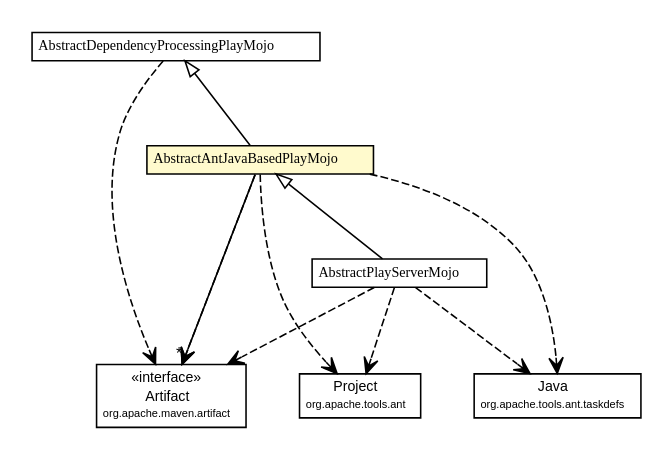
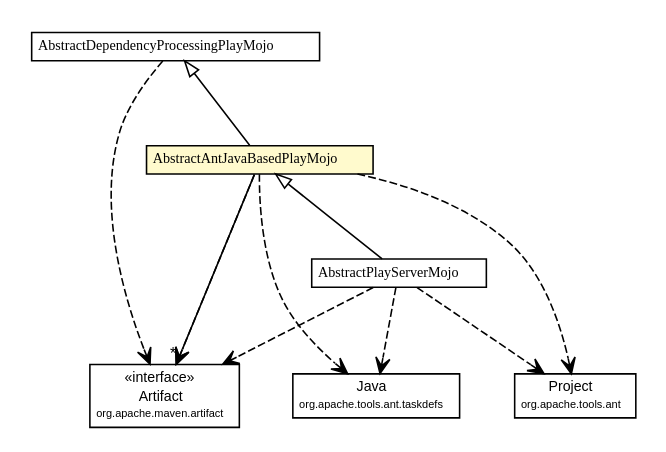
Before and after one commit to play1-maven-plugin/play1-maven-plugin.github.io: the diagram in play1-maven-plugin/1.0.0-beta8-SNAPSHOT/play-maven-plugin/apidocs/com/google/code/play/AbstractAntJavaBasedPlayMojo.dot, drawn with Graphviz. The commit also changed 314 other files, not shown here.

Commit message:
"play-maven-plugin" site for version "1.0.0-beta8-SNAPSHOT" updated.

```diff
--- a/play1-maven-plugin/1.0.0-beta8-SNAPSHOT/play-maven-plugin/apidocs/com/google/code/play/AbstractAntJavaBasedPlayMojo.dot
+++ b/play1-maven-plugin/1.0.0-beta8-SNAPSHOT/play-maven-plugin/apidocs/com/google/code/play/AbstractAntJavaBasedPlayMojo.dot
@@ -1,72 +1,72 @@
 #!/usr/local/bin/dot
 #
 # Class diagram 
 # Generated by UMLGraph version R5_6-24-gf6e263 (http://www.umlgraph.org/)
 #
 
 digraph G {
 	edge [fontname="arial",fontsize=10,labelfontname="arial",labelfontsize=10];
 	node [fontname="arial",fontsize=10,shape=plaintext];
 	nodesep=0.25;
 	ranksep=0.5;
 	// com.google.code.play.AbstractPlayServerMojo
 	c117 [label=<<table title="com.google.code.play.AbstractPlayServerMojo" border="0" cellborder="1" cellspacing="0" cellpadding="2" port="p" href="./AbstractPlayServerMojo.html">
 		<tr><td><table border="0" cellspacing="0" cellpadding="1">
 <tr><td align="center" balign="center"><font face="arial italic"> AbstractPlayServerMojo </font></td></tr>
 		</table></td></tr>
 		</table>>, URL="./AbstractPlayServerMojo.html", fontname="arial", fontcolor="black", fontsize=9.0];
 	// com.google.code.play.AbstractDependencyProcessingPlayMojo
 	c129 [label=<<table title="com.google.code.play.AbstractDependencyProcessingPlayMojo" border="0" cellborder="1" cellspacing="0" cellpadding="2" port="p" href="./AbstractDependencyProcessingPlayMojo.html">
 		<tr><td><table border="0" cellspacing="0" cellpadding="1">
 <tr><td align="center" balign="center"><font face="arial italic"> AbstractDependencyProcessingPlayMojo </font></td></tr>
 		</table></td></tr>
 		</table>>, URL="./AbstractDependencyProcessingPlayMojo.html", fontname="arial", fontcolor="black", fontsize=9.0];
 	// com.google.code.play.AbstractAntJavaBasedPlayMojo
 	c132 [label=<<table title="com.google.code.play.AbstractAntJavaBasedPlayMojo" border="0" cellborder="1" cellspacing="0" cellpadding="2" port="p" bgcolor="lemonChiffon" href="./AbstractAntJavaBasedPlayMojo.html">
 		<tr><td><table border="0" cellspacing="0" cellpadding="1">
 <tr><td align="center" balign="center"><font face="arial italic"> AbstractAntJavaBasedPlayMojo </font></td></tr>
 		</table></td></tr>
 		</table>>, URL="./AbstractAntJavaBasedPlayMojo.html", fontname="arial", fontcolor="black", fontsize=9.0];
 	//com.google.code.play.AbstractPlayServerMojo extends com.google.code.play.AbstractAntJavaBasedPlayMojo
 	c132:p -> c117:p [dir=back,arrowtail=empty];
 	//com.google.code.play.AbstractAntJavaBasedPlayMojo extends com.google.code.play.AbstractDependencyProcessingPlayMojo
 	c129:p -> c132:p [dir=back,arrowtail=empty];
 	// com.google.code.play.AbstractAntJavaBasedPlayMojo NAVASSOC org.apache.maven.artifact.Artifact
 	c132:p -> c147:p [taillabel="", label="", headlabel="*", fontname="arial", fontcolor="black", fontsize=10.0, color="black", arrowhead=open];
+	// com.google.code.play.AbstractPlayServerMojo DEPEND org.apache.tools.ant.Project
+	c117:p -> c162:p [taillabel="", label="", headlabel="", fontname="arial", fontcolor="black", fontsize=10.0, color="black", arrowhead=open, style=dashed];
 	// com.google.code.play.AbstractPlayServerMojo DEPEND org.apache.tools.ant.taskdefs.Java
-	c117:p -> c163:p [taillabel="", label="", headlabel="", fontname="arial", fontcolor="black", fontsize=10.0, color="black", arrowhead=open, style=dashed];
-	// com.google.code.play.AbstractPlayServerMojo DEPEND org.apache.tools.ant.Project
-	c117:p -> c175:p [taillabel="", label="", headlabel="", fontname="arial", fontcolor="black", fontsize=10.0, color="black", arrowhead=open, style=dashed];
+	c117:p -> c181:p [taillabel="", label="", headlabel="", fontname="arial", fontcolor="black", fontsize=10.0, color="black", arrowhead=open, style=dashed];
 	// com.google.code.play.AbstractPlayServerMojo DEPEND org.apache.maven.artifact.Artifact
 	c117:p -> c147:p [taillabel="", label="", headlabel="", fontname="arial", fontcolor="black", fontsize=10.0, color="black", arrowhead=open, style=dashed];
 	// com.google.code.play.AbstractDependencyProcessingPlayMojo DEPEND org.apache.maven.artifact.Artifact
 	c129:p -> c147:p [taillabel="", label="", headlabel="", fontname="arial", fontcolor="black", fontsize=10.0, color="black", arrowhead=open, style=dashed];
+	// com.google.code.play.AbstractAntJavaBasedPlayMojo DEPEND org.apache.tools.ant.Project
+	c132:p -> c162:p [taillabel="", label="", headlabel="", fontname="arial", fontcolor="black", fontsize=10.0, color="black", arrowhead=open, style=dashed];
 	// com.google.code.play.AbstractAntJavaBasedPlayMojo DEPEND org.apache.tools.ant.taskdefs.Java
-	c132:p -> c163:p [taillabel="", label="", headlabel="", fontname="arial", fontcolor="black", fontsize=10.0, color="black", arrowhead=open, style=dashed];
-	// com.google.code.play.AbstractAntJavaBasedPlayMojo DEPEND org.apache.tools.ant.Project
-	c132:p -> c175:p [taillabel="", label="", headlabel="", fontname="arial", fontcolor="black", fontsize=10.0, color="black", arrowhead=open, style=dashed];
+	c132:p -> c181:p [taillabel="", label="", headlabel="", fontname="arial", fontcolor="black", fontsize=10.0, color="black", arrowhead=open, style=dashed];
 	// com.google.code.play.AbstractAntJavaBasedPlayMojo DEPEND org.apache.maven.artifact.Artifact
 	c132:p -> c147:p [taillabel="", label="", headlabel="", fontname="arial", fontcolor="black", fontsize=10.0, color="black", arrowhead=open, style=dashed];
 	// org.apache.tools.ant.Project
-	c175 [label=<<table title="org.apache.tools.ant.Project" border="0" cellborder="1" cellspacing="0" cellpadding="2" port="p" href="http://play1-maven-plugin.github.io/external-apidocs/org/apache/ant/ant/1.9.4/org/apache/tools/ant/Project.html">
+	c162 [label=<<table title="org.apache.tools.ant.Project" border="0" cellborder="1" cellspacing="0" cellpadding="2" port="p" href="http://play1-maven-plugin.github.io/external-apidocs/org/apache/ant/ant/1.9.4/org/apache/tools/ant/Project.html">
 		<tr><td><table border="0" cellspacing="0" cellpadding="1">
 <tr><td align="center" balign="center"> Project </td></tr>
 <tr><td align="center" balign="center"><font point-size="7.0"> org.apache.tools.ant </font></td></tr>
 		</table></td></tr>
 		</table>>, URL="http://play1-maven-plugin.github.io/external-apidocs/org/apache/ant/ant/1.9.4/org/apache/tools/ant/Project.html", fontname="arial", fontcolor="black", fontsize=9.0];
 	// org.apache.maven.artifact.Artifact
 	c147 [label=<<table title="org.apache.maven.artifact.Artifact" border="0" cellborder="1" cellspacing="0" cellpadding="2" port="p" href="http://maven.apache.org/ref/2.2.1/maven-artifact/apidocs/org/apache/maven/artifact/Artifact.html">
 		<tr><td><table border="0" cellspacing="0" cellpadding="1">
 <tr><td align="center" balign="center"> &#171;interface&#187; </td></tr>
 <tr><td align="center" balign="center"> Artifact </td></tr>
 <tr><td align="center" balign="center"><font point-size="7.0"> org.apache.maven.artifact </font></td></tr>
 		</table></td></tr>
 		</table>>, URL="http://maven.apache.org/ref/2.2.1/maven-artifact/apidocs/org/apache/maven/artifact/Artifact.html", fontname="arial", fontcolor="black", fontsize=9.0];
 	// org.apache.tools.ant.taskdefs.Java
-	c163 [label=<<table title="org.apache.tools.ant.taskdefs.Java" border="0" cellborder="1" cellspacing="0" cellpadding="2" port="p" href="http://play1-maven-plugin.github.io/external-apidocs/org/apache/ant/ant/1.9.4/org/apache/tools/ant/taskdefs/Java.html">
+	c181 [label=<<table title="org.apache.tools.ant.taskdefs.Java" border="0" cellborder="1" cellspacing="0" cellpadding="2" port="p" href="http://play1-maven-plugin.github.io/external-apidocs/org/apache/ant/ant/1.9.4/org/apache/tools/ant/taskdefs/Java.html">
 		<tr><td><table border="0" cellspacing="0" cellpadding="1">
 <tr><td align="center" balign="center"> Java </td></tr>
 <tr><td align="center" balign="center"><font point-size="7.0"> org.apache.tools.ant.taskdefs </font></td></tr>
 		</table></td></tr>
 		</table>>, URL="http://play1-maven-plugin.github.io/external-apidocs/org/apache/ant/ant/1.9.4/org/apache/tools/ant/taskdefs/Java.html", fontname="arial", fontcolor="black", fontsize=9.0];
 }
```
